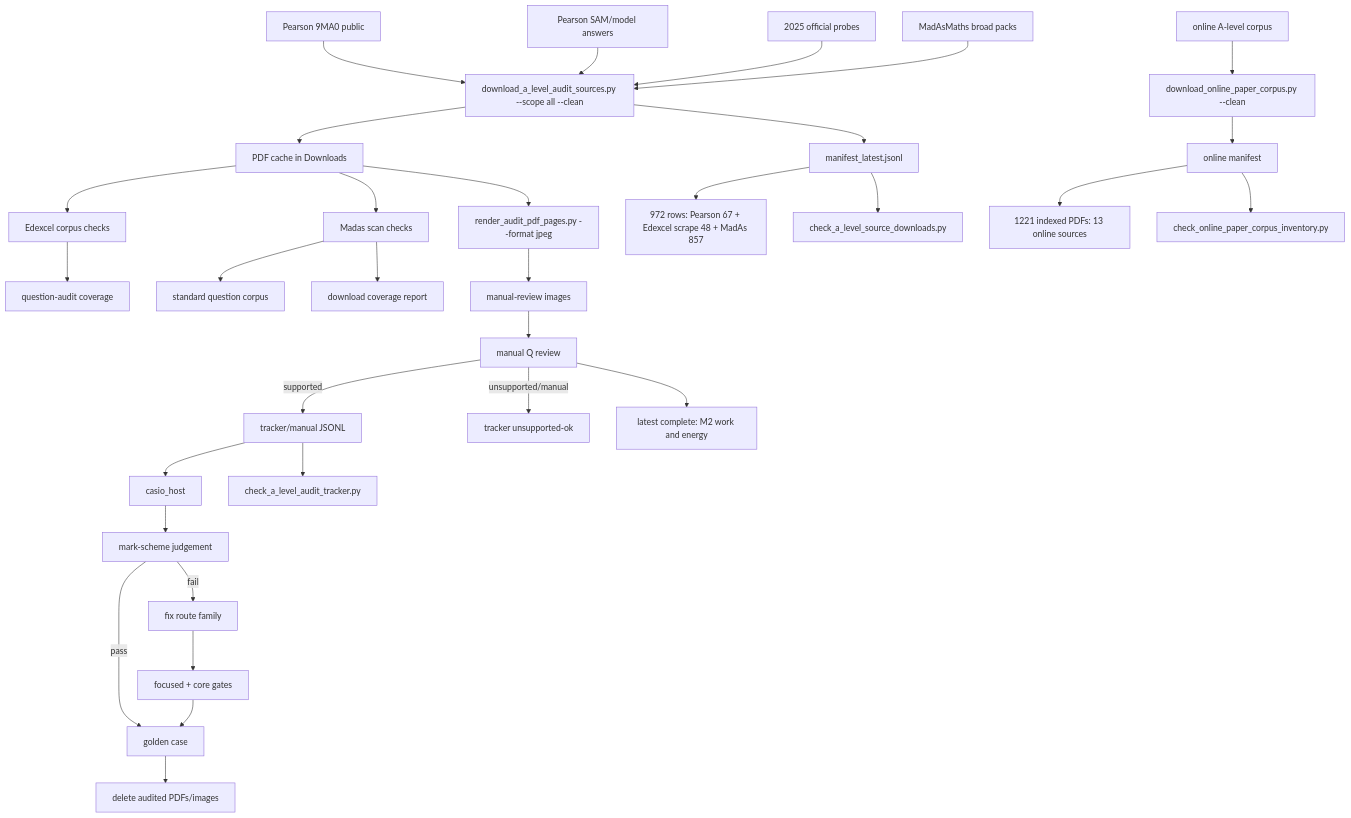
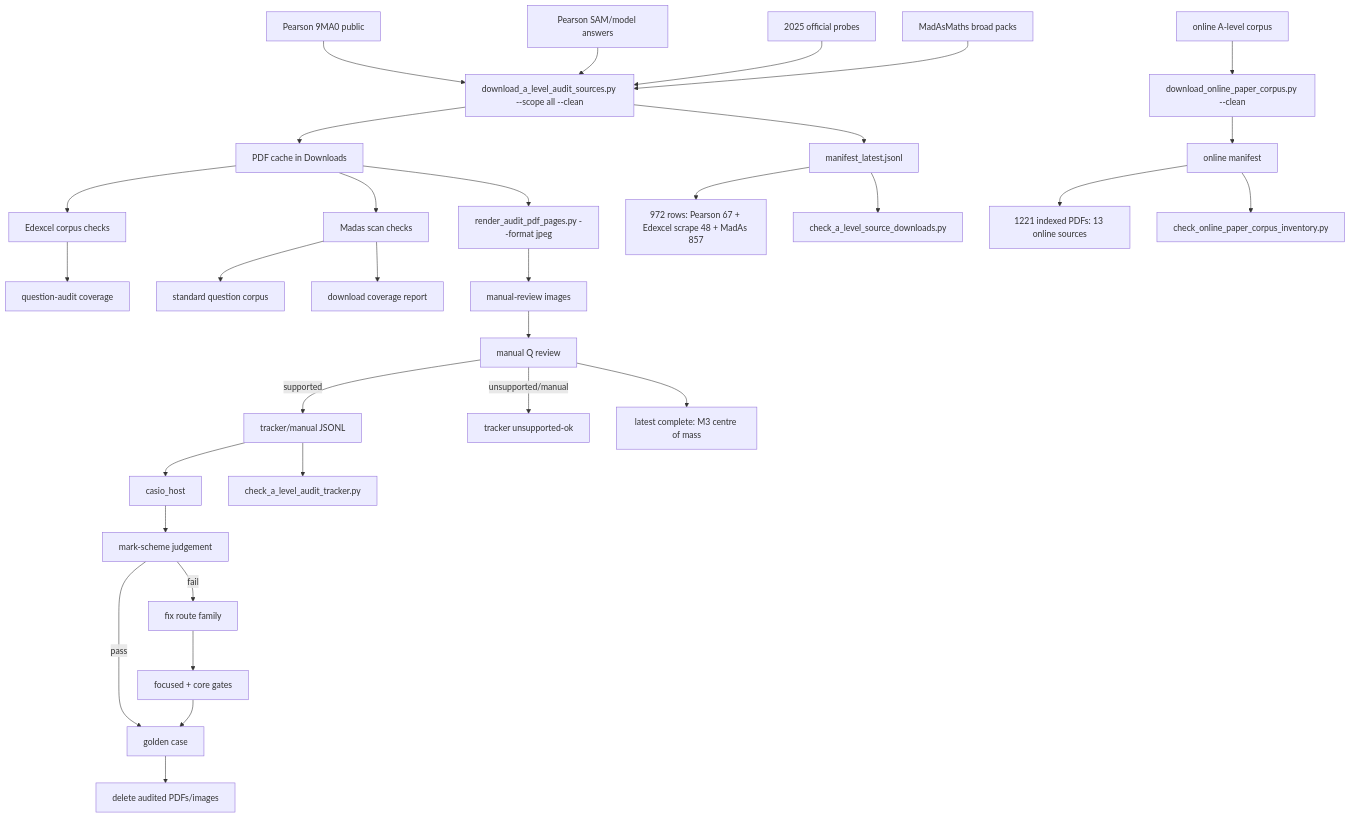
Before and after one commit to james8464/notes-addin-casio-fx-cg50: the diagram in c++/tools/golden/a_level_audit_graph.md, drawn with Mermaid. The commit also changed other lines of this file and 2 other files, not shown here.

Commit message:
Audit M3 centre of mass booklet

````diff
--- a/c++/tools/golden/a_level_audit_graph.md
+++ b/c++/tools/golden/a_level_audit_graph.md
@@ -3,34 +3,34 @@
 ```mermaid
 graph TD
   E1["Pearson 9MA0 public"] --> D["download_a_level_audit_sources.py --scope all --clean"]
   E2["Pearson SAM/model answers"] --> D
   E3["2025 official probes"] --> D
   M1["MadAsMaths broad packs"] --> D
   O1["online A-level corpus"] --> OD["download_online_paper_corpus.py --clean"]
   D --> P["PDF cache in Downloads"]
   D --> X["manifest_latest.jsonl"]
   OD --> OX["online manifest"]
   X --> XC["972 rows: Pearson 67 + Edexcel scrape 48 + MadAs 857"]
   OX --> OC["1221 indexed PDFs: 13 online sources"]
   X --> V["check_a_level_source_downloads.py"]
   OX --> OV["check_online_paper_corpus_inventory.py"]
   P --> E["Edexcel corpus checks"]
   E --> EQ["question-audit coverage"]
   P --> S["Madas scan checks"]
   S --> M["standard question corpus"]
   S --> MC["download coverage report"]
   P --> R["render_audit_pdf_pages.py --format jpeg"]
   R --> I["manual-review images"]
   I --> Q["manual Q review"]
   Q -->|supported| J["tracker/manual JSONL"]
   Q -->|unsupported/manual| U["tracker unsupported-ok"]
   J --> H["casio_host"]
   J --> K["check_a_level_audit_tracker.py"]
   H --> C["mark-scheme judgement"]
   C -->|pass| G["golden case"]
   C -->|fail| F["fix route family"]
   F --> T["focused + core gates"]
   T --> G
   G --> Z["delete audited PDFs/images"]
-  Q --> Qt["latest complete: M2 work and energy"]
+  Q --> Qt["latest complete: M3 centre of mass"]
 ```
````
